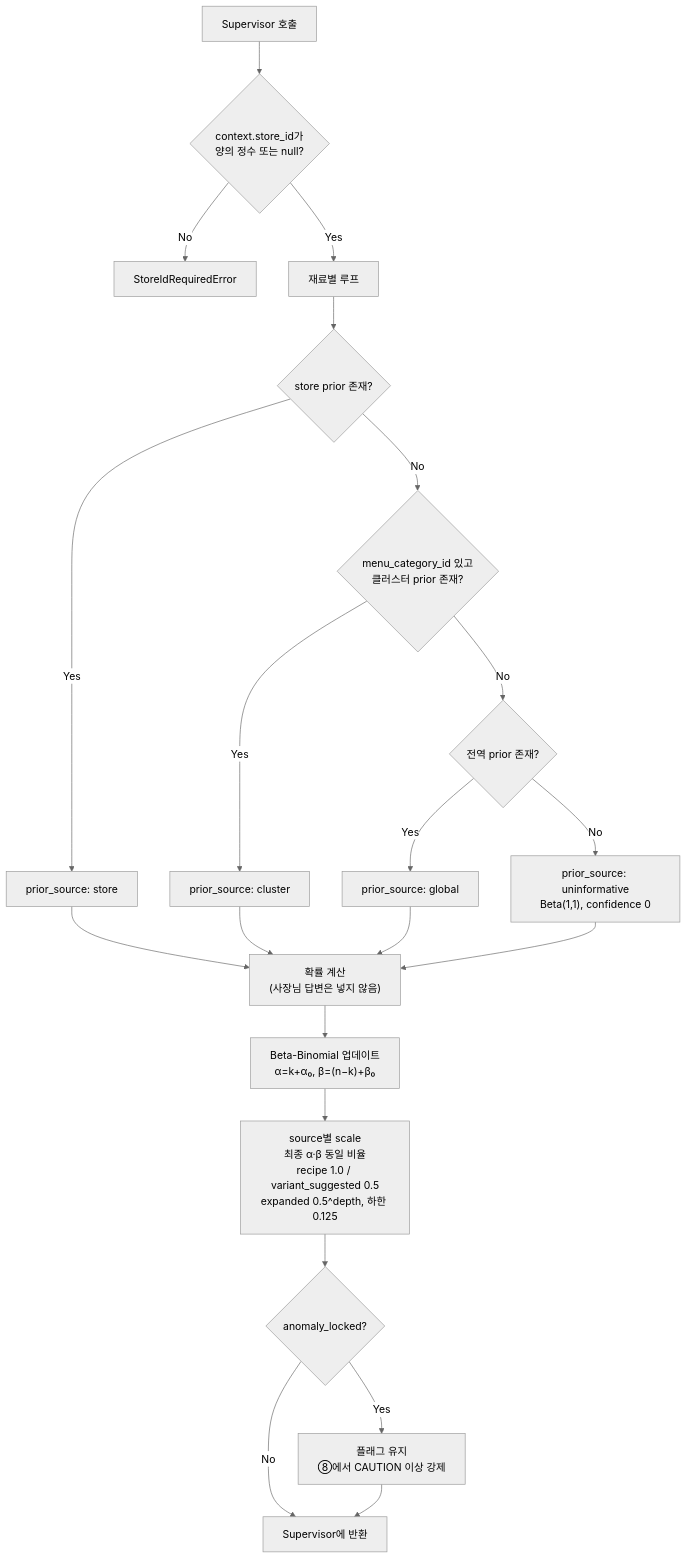
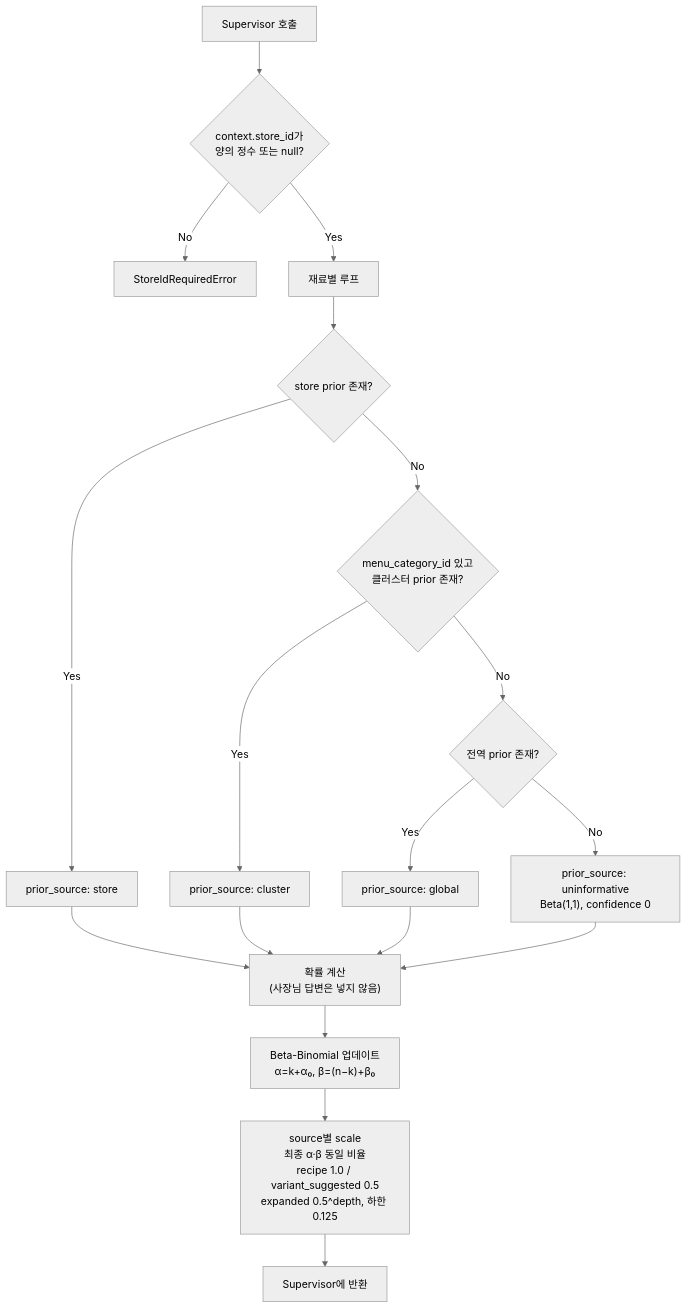
Before and after one commit to Han-Spoon/ai: the diagram in docs/5-tool-Statistics.md, drawn with Mermaid (neutral theme). The commit also changed other lines of this file and 9 other files, not shown here.

````diff
--- a/docs/5-tool-Statistics.md
+++ b/docs/5-tool-Statistics.md
@@ -140,25 +139,22 @@
 ```mermaid
 flowchart TD
     S[Supervisor 호출] --> V{"context.store_id가<br/>양의 정수 또는 null?"}
     V -->|No| ERR[StoreIdRequiredError]
     V -->|Yes| L[재료별 루프]
 
     L --> P{store prior 존재?}
     P -->|Yes| SP["prior_source: store"]
     P -->|No| CL{"menu_category_id 있고<br/>클러스터 prior 존재?"}
     CL -->|Yes| CP["prior_source: cluster"]
     CL -->|No| G{"전역 prior 존재?"}
     G -->|Yes| GP["prior_source: global"]
     G -->|No| UP["prior_source: uninformative<br/>Beta(1,1), confidence 0"]
 
     SP --> INH["확률 계산<br/>(사장님 답변은 넣지 않음)"]
     CP --> INH
     GP --> INH
     UP --> INH
     INH --> BB["Beta-Binomial 업데이트<br/>α=k+α₀, β=(n−k)+β₀"]
     BB --> SRC["source별 scale<br/>최종 α·β 동일 비율<br/>recipe 1.0 / variant_suggested 0.5<br/>expanded 0.5^depth, 하한 0.125"]
-    SRC --> LOCK{"anomaly_locked?"}
-    LOCK -->|Yes| MARK["플래그 유지<br/>⑧에서 CAUTION 이상 강제"]
-    LOCK -->|No| OUT[Supervisor에 반환]
-    MARK --> OUT
+    SRC --> OUT[Supervisor에 반환]
 ```
````
